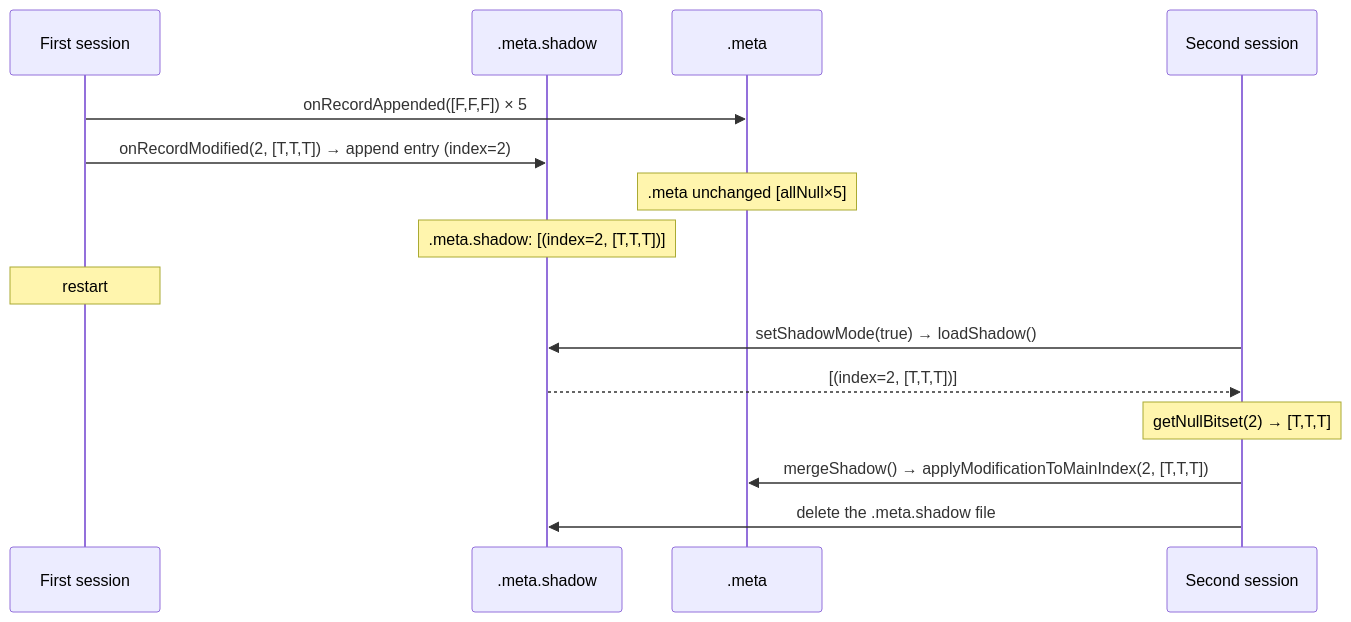
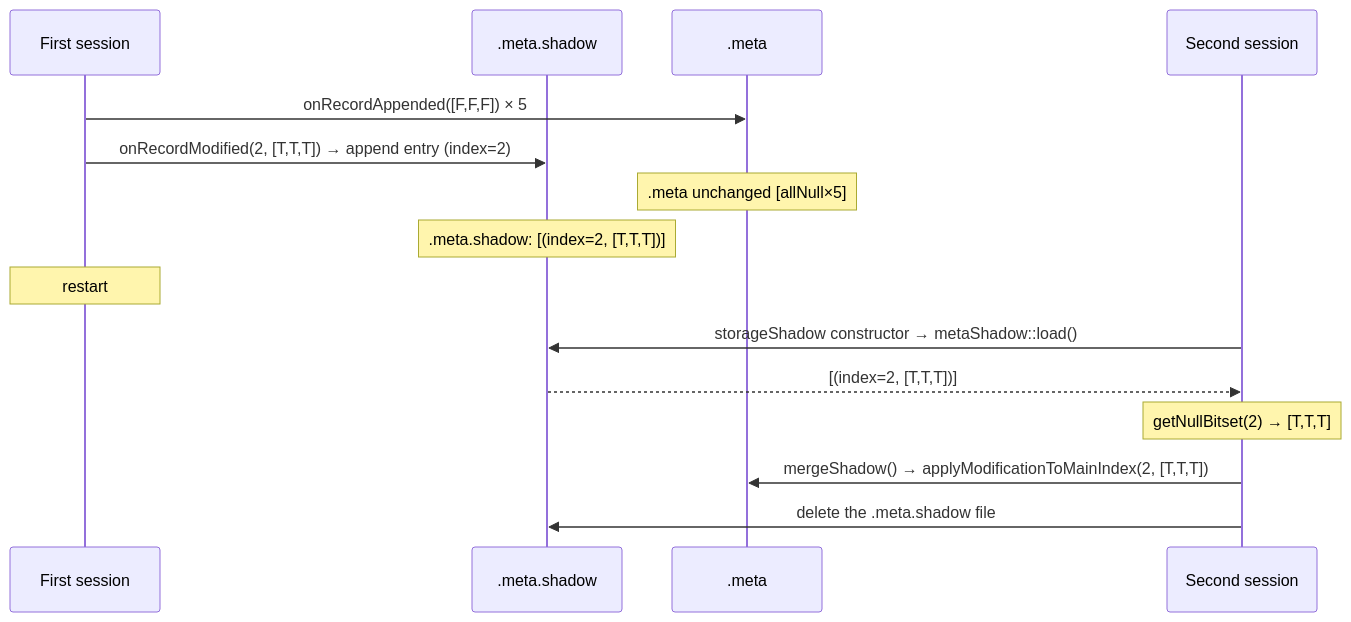
One commit to michalwidera/documentation-rdb changed the eighth of 9 diagrams in data-processing-system-architecture/data-storage-format/files.md. Above: the diagram before and after it, drawn with Mermaid. The commit also changed other lines of this file and 15 other files, not shown here.

````diff
--- a/data-processing-system-architecture/data-storage-format/files.md
+++ b/data-processing-system-architecture/data-storage-format/files.md
@@ -545,21 +565,21 @@
 ```mermaid
 %% pdf-width: 100%
 sequenceDiagram
     participant Proc1 as First session
     participant MS as .meta.shadow
     participant Meta as .meta
 
     Proc1->>Meta: onRecordAppended([F,F,F]) × 5
     Proc1->>MS: onRecordModified(2, [T,T,T]) → append entry (index=2)
     Note over Meta: .meta unchanged [allNull×5]
     Note over MS: .meta.shadow: [(index=2, [T,T,T])]
 
     Note over Proc1: restart
 
     participant Proc2 as Second session
-    Proc2->>MS: setShadowMode(true) → loadShadow()
+    Proc2->>MS: storageShadow constructor → metaShadow::load()
     MS-->>Proc2: [(index=2, [T,T,T])]
     Note over Proc2: getNullBitset(2) → [T,T,T]
     Proc2->>Meta: mergeShadow() → applyModificationToMainIndex(2, [T,T,T])
     Proc2->>MS: delete the .meta.shadow file
 ```
````
